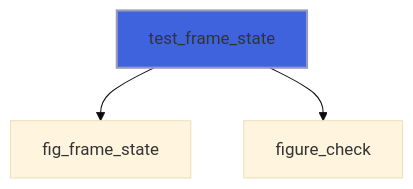
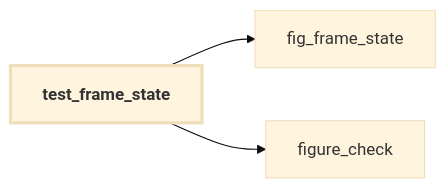
One commit to szaghi/figure changed the seventh of 57 diagrams in docs/api/src/lib/figure_testing.md. Above: the diagram before and after it, drawn with Mermaid (base theme). The commit also changed other lines of this file and 54 other files, not shown here.

````diff
--- a/docs/api/src/lib/figure_testing.md
+++ b/docs/api/src/lib/figure_testing.md
@@ -235,6 +298,9 @@
 ```mermaid
-flowchart TD
+flowchart LR
   test_frame_state["test_frame_state"] --> fig_frame_state["fig_frame_state"]
   test_frame_state["test_frame_state"] --> figure_check["figure_check"]
-  style test_frame_state fill:#3e63dd,stroke:#99b,stroke-width:2px
+  classDef focus stroke-width:3px,font-weight:bold
+  class test_frame_state focus
+  click figure_check href "figure_base.html#figure-check" "figure_check"
+  click fig_frame_state href "figure_c_native.html#fig-frame-state" "fig_frame_state"
 ```
````
